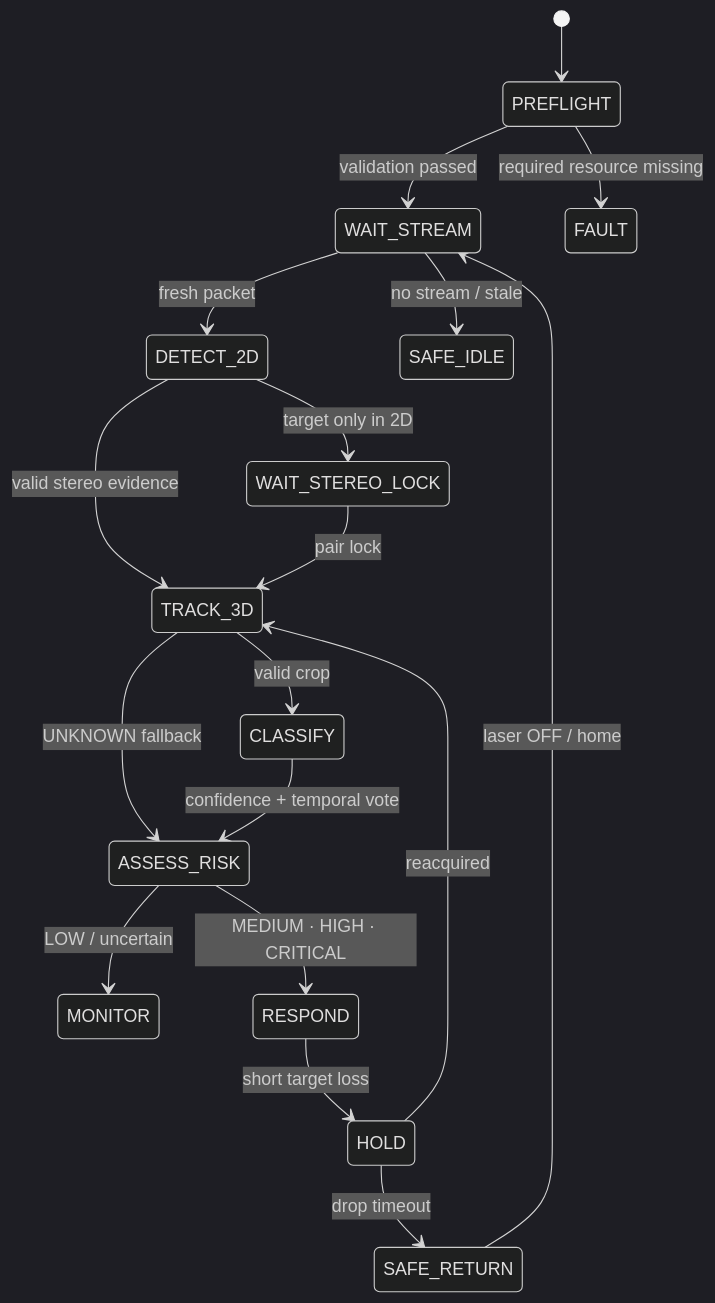
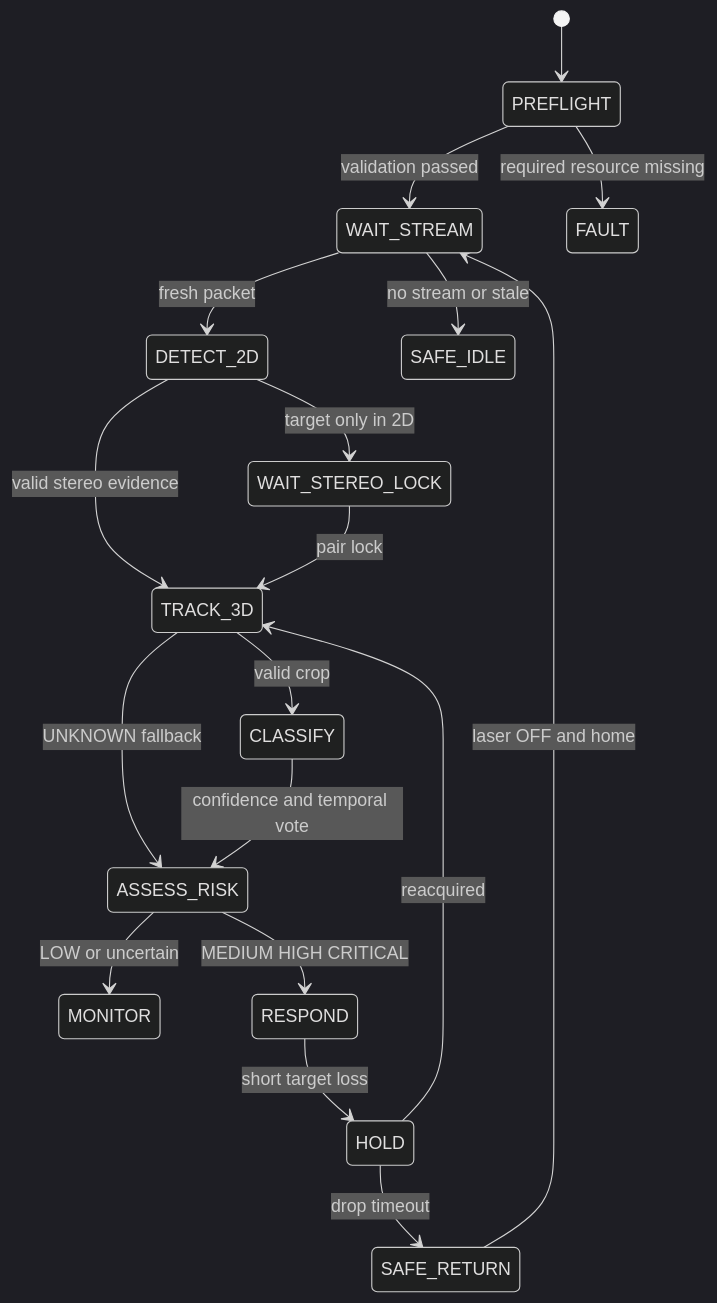
One commit to Kimjw2024/2026ESWContest_free_AEGIS changed the second of 2 diagrams in README.md. Above: the diagram before and after it, drawn with Mermaid (dark theme). The commit also changed other lines of this file and 6 other files, not shown here.

````diff
--- a/README.md
+++ b/README.md
@@ -96,20 +120,20 @@
 ```mermaid
 stateDiagram-v2
     [*] --> PREFLIGHT
     PREFLIGHT --> WAIT_STREAM: validation passed
     PREFLIGHT --> FAULT: required resource missing
     WAIT_STREAM --> DETECT_2D: fresh packet
-    WAIT_STREAM --> SAFE_IDLE: no stream / stale
+    WAIT_STREAM --> SAFE_IDLE: no stream or stale
     DETECT_2D --> WAIT_STEREO_LOCK: target only in 2D
     DETECT_2D --> TRACK_3D: valid stereo evidence
     WAIT_STEREO_LOCK --> TRACK_3D: pair lock
     TRACK_3D --> CLASSIFY: valid crop
     TRACK_3D --> ASSESS_RISK: UNKNOWN fallback
-    CLASSIFY --> ASSESS_RISK: confidence + temporal vote
-    ASSESS_RISK --> MONITOR: LOW / uncertain
-    ASSESS_RISK --> RESPOND: MEDIUM · HIGH · CRITICAL
+    CLASSIFY --> ASSESS_RISK: confidence and temporal vote
+    ASSESS_RISK --> MONITOR: LOW or uncertain
+    ASSESS_RISK --> RESPOND: MEDIUM HIGH CRITICAL
     RESPOND --> HOLD: short target loss
     HOLD --> TRACK_3D: reacquired
     HOLD --> SAFE_RETURN: drop timeout
-    SAFE_RETURN --> WAIT_STREAM: laser OFF / home
+    SAFE_RETURN --> WAIT_STREAM: laser OFF and home
 ```
````
